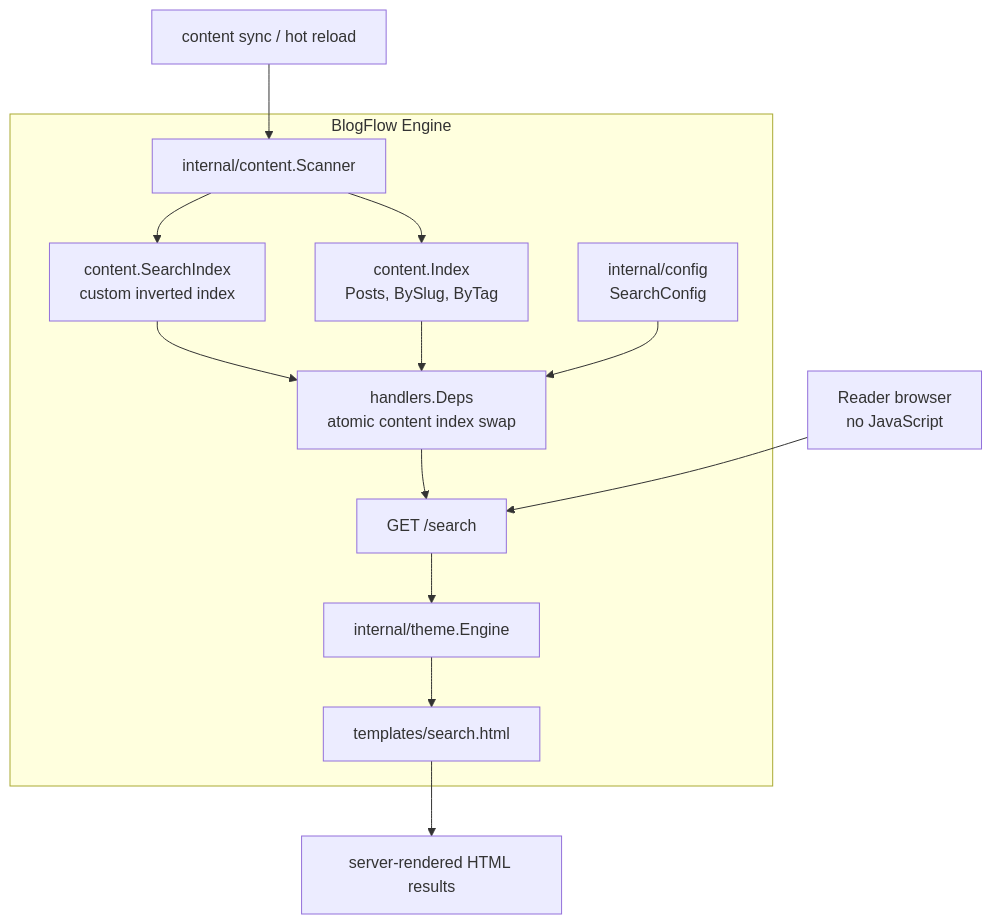
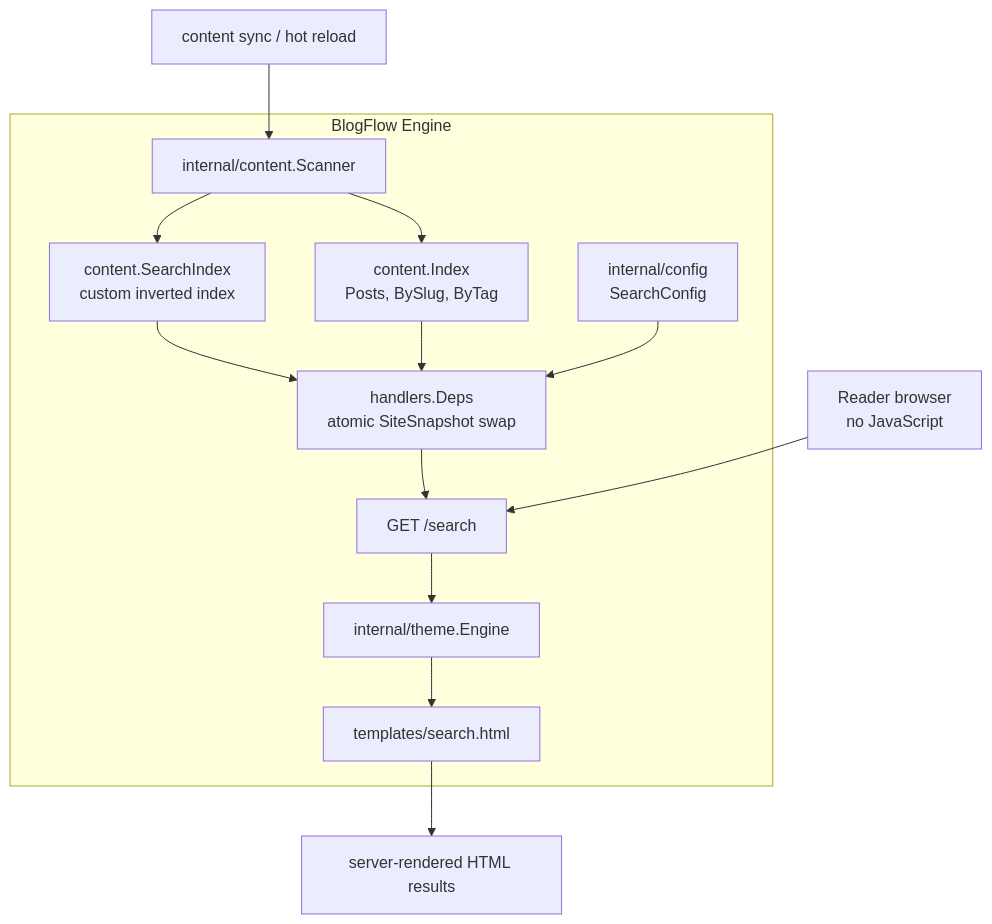
The first of 4 diagrams in docs/engineering/design/001-full-text-search.md (khaines/blogflow), drawn with Mermaid before and after one commit. The commit also changed other lines of this file, not shown here.

Commit message:
docs(design): harden full-text-search spec per review (#129)

````diff
--- a/docs/engineering/design/001-full-text-search.md
+++ b/docs/engineering/design/001-full-text-search.md
@@ -50,17 +50,17 @@
 ```mermaid
 graph TB
     subgraph "BlogFlow Engine"
         Scanner["internal/content.Scanner"] --> ContentIndex["content.Index\nPosts, BySlug, ByTag"]
         Scanner --> SearchIndex["content.SearchIndex\ncustom inverted index"]
-        SearchIndex --> Deps["handlers.Deps\natomic content index swap"]
+        SearchIndex --> Deps["handlers.Deps\natomic SiteSnapshot swap"]
         ContentIndex --> Deps
         Config["internal/config\nSearchConfig"] --> Deps
         Deps --> SearchHandler["GET /search"]
         SearchHandler --> Theme["internal/theme.Engine"]
         Theme --> SearchTemplate["templates/search.html"]
     end
 
     Query["Reader browser\nno JavaScript"] --> SearchHandler
     Sync["content sync / hot reload"] --> Scanner
     SearchTemplate --> HTML["server-rendered HTML results"]
 ```
````
